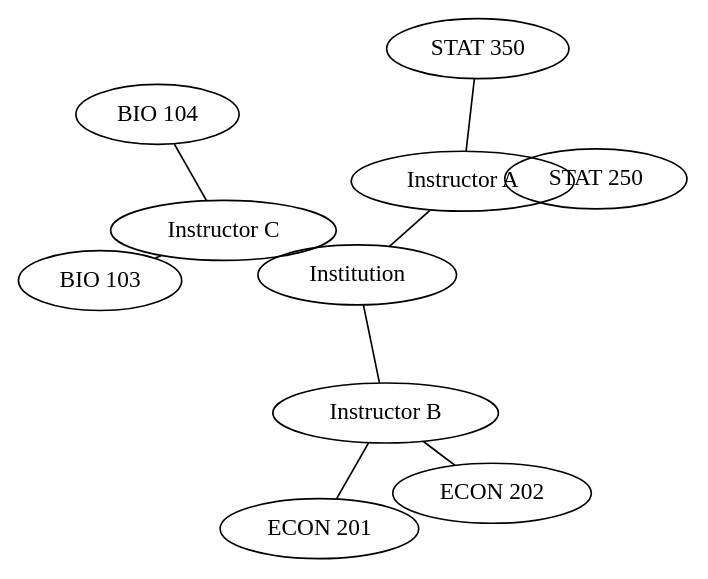
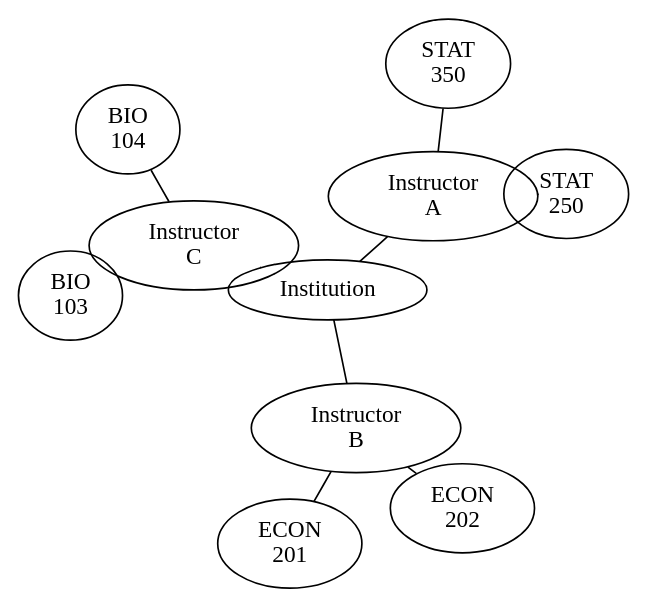
One commit to Alex-Chisholm/posit-cloud-ww24 changed the second of 2 diagrams in slides.qmd. Above: the diagram before and after it, drawn with Graphviz. The commit also changed other lines of this file and 10 other files, not shown here.

````diff
--- a/slides.qmd
+++ b/slides.qmd
@@ -138,15 +131,15 @@
 ```{dot}
 graph G {
   layout=neato
-  Institution -- "Instructor A";
-  Institution --  "Instructor B";
-  Institution --  "Instructor C";
-  "Instructor A" -- "STAT 250";
-  "Instructor A" -- "STAT 350";
-  "Instructor B" -- "ECON 201";
-  "Instructor B" -- "ECON 202";
-  "Instructor C" -- "BIO 103";
-  "Instructor C" -- "BIO 104"
+  Institution -- "Instructor\nA";
+  Institution --  "Instructor\nB";
+  Institution --  "Instructor\nC";
+  "Instructor\nA" -- "STAT\n250";
+  "Instructor\nA" -- "STAT\n350";
+  "Instructor\nB" -- "ECON\n201";
+  "Instructor\nB" -- "ECON\n202";
+  "Instructor\nC" -- "BIO\n103";
+  "Instructor\nC" -- "BIO\n104"
 }
 
 ```
````
